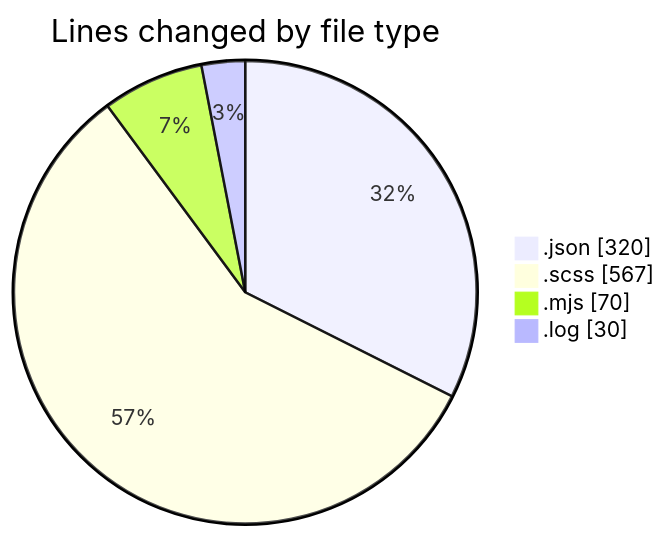
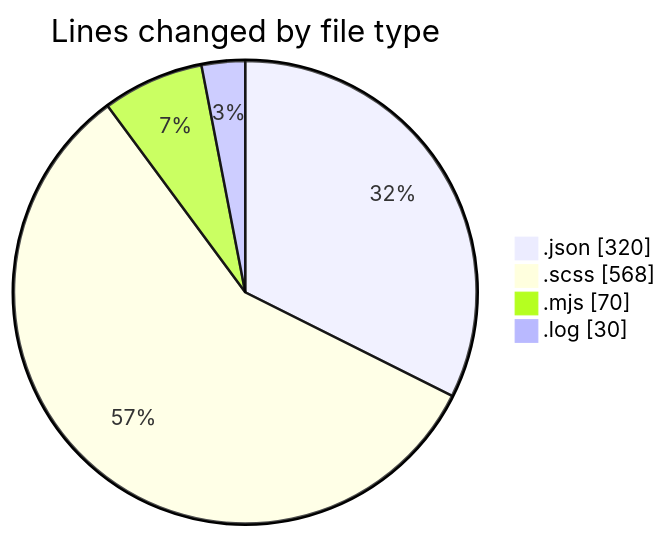
The first of 2 diagrams in 2026-08-12/cda/README.md (momahboobian/code-tracking), drawn with Mermaid before and after one commit. The commit also changed other lines of this file and 1 other file, not shown here.

````diff
--- a/2026-08-12/cda/README.md
+++ b/2026-08-12/cda/README.md
@@ -28,8 +28,8 @@
 ```mermaid
 pie showData
 title Lines changed by file type
 ".json" : 320
-".scss" : 567
+".scss" : 568
 ".mjs" : 70
 ".log" : 30
 ```
````
